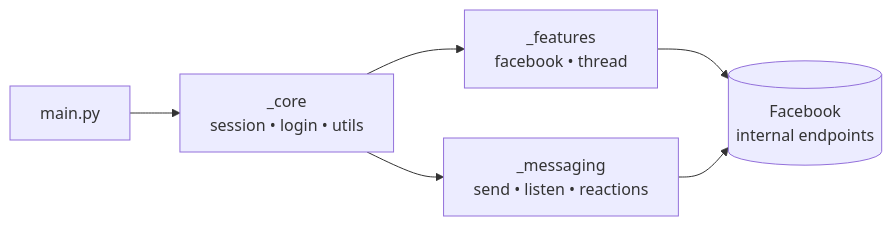
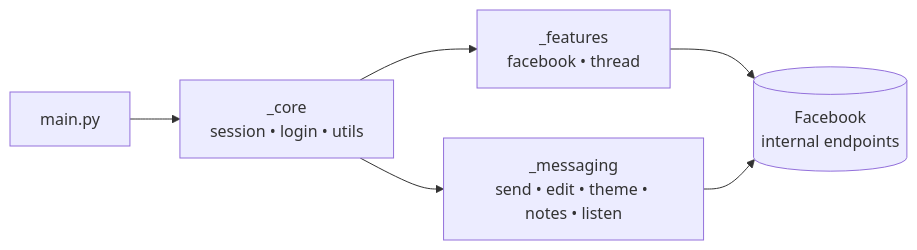
The first of 2 diagrams in README_EN.md (m008v/fbchat-v2), drawn with Mermaid before and after one commit. The commit also changed other lines of this file and 13 other files, not shown here.

Commit message:
feat(docs): v2.1.3: add features: _editMessage, _changeTheme

````diff
--- a/README_EN.md
+++ b/README_EN.md
@@ -103,8 +104,8 @@
 ```mermaid
 flowchart LR
     A[main.py] --> B[_core<br/>session • login • utils]
     B --> C[_features<br/>facebook • thread]
-    B --> D[_messaging<br/>send • listen • reactions]
+    B --> D[_messaging<br/>send • edit • theme • notes • listen]
     C --> E[(Facebook<br/>internal endpoints)]
     D --> E
 ```
````
